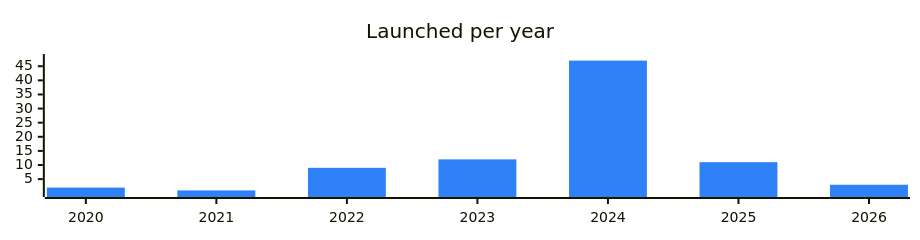
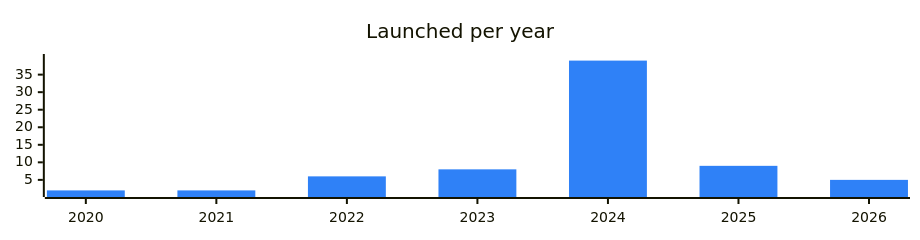
The diagram in categories/dex.md (vitalikgpt/gram-ecosystem), drawn with Mermaid before and after one commit. The commit also changed other lines of this file and 69 other files, not shown here.

````diff
--- a/categories/dex.md
+++ b/categories/dex.md
@@ -7,7 +7,7 @@
 ```mermaid
 %%{init: {"xyChart": {"width": 900, "height": 220}, "themeVariables": {"xyChart": {"plotColorPalette": "#2f81f7"}}}}%%
 xychart-beta
   title "Launched per year"
   x-axis ["2020", "2021", "2022", "2023", "2024", "2025", "2026"]
-  bar [2, 1, 9, 12, 47, 11, 3]
+  bar [2, 2, 6, 8, 39, 9, 5]
 ```
````
